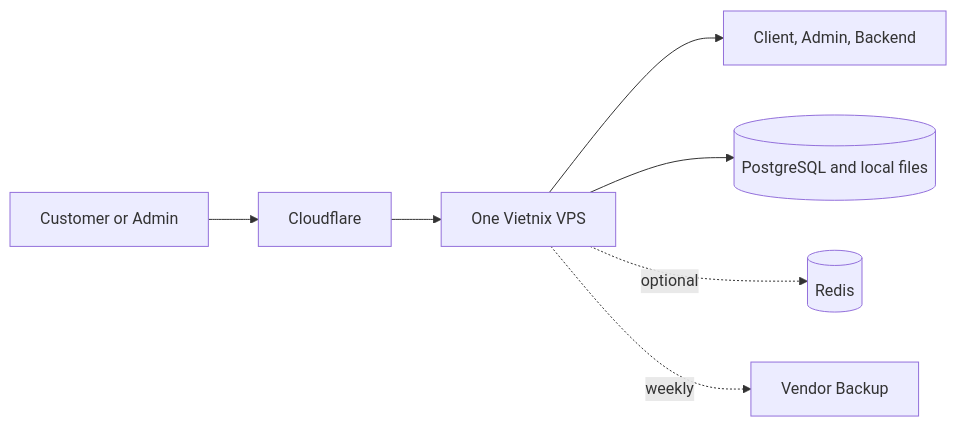
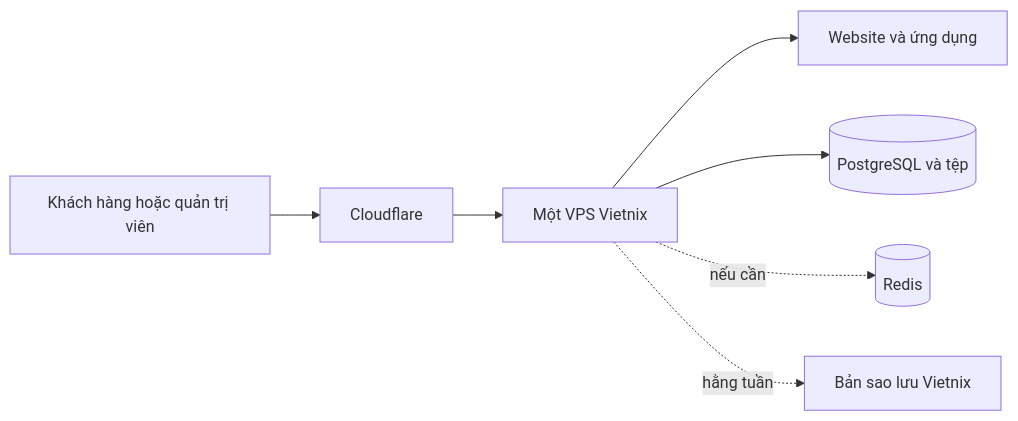
The diagram in deployments/option-1-single-server/architecture.md (LeeTun2k2/insumart-docs), drawn with Mermaid before and after one commit. The commit also changed other lines of this file and 7 other files, not shown here.

Commit message:
Translate deployment architecture and incident response documents to Vietnamese, update cost estimates, and refine maintenance work descriptions for clarity and consistency.

````diff
--- a/deployments/option-1-single-server/architecture.md
+++ b/deployments/option-1-single-server/architecture.md
@@ -14,9 +16,9 @@
 ```mermaid
 flowchart LR
-    User[Customer or Admin] --> CF[Cloudflare]
-    CF --> VPS[One Vietnix VPS]
-    VPS --> Web[Client, Admin, Backend]
-    VPS --> DB[(PostgreSQL and local files)]
-    VPS -. optional .-> Redis[(Redis)]
-    VPS -. weekly .-> Backup[Vendor Backup]
+    NguoiDung[Khách hàng hoặc quản trị viên] --> CF[Cloudflare]
+    CF --> VPS[Một VPS Vietnix]
+    VPS --> Web[Website và ứng dụng]
+    VPS --> DB[(PostgreSQL và tệp)]
+    VPS -. nếu cần .-> Redis[(Redis)]
+    VPS -. hằng tuần .-> SaoLuu[Bản sao lưu Vietnix]
 ```
````
